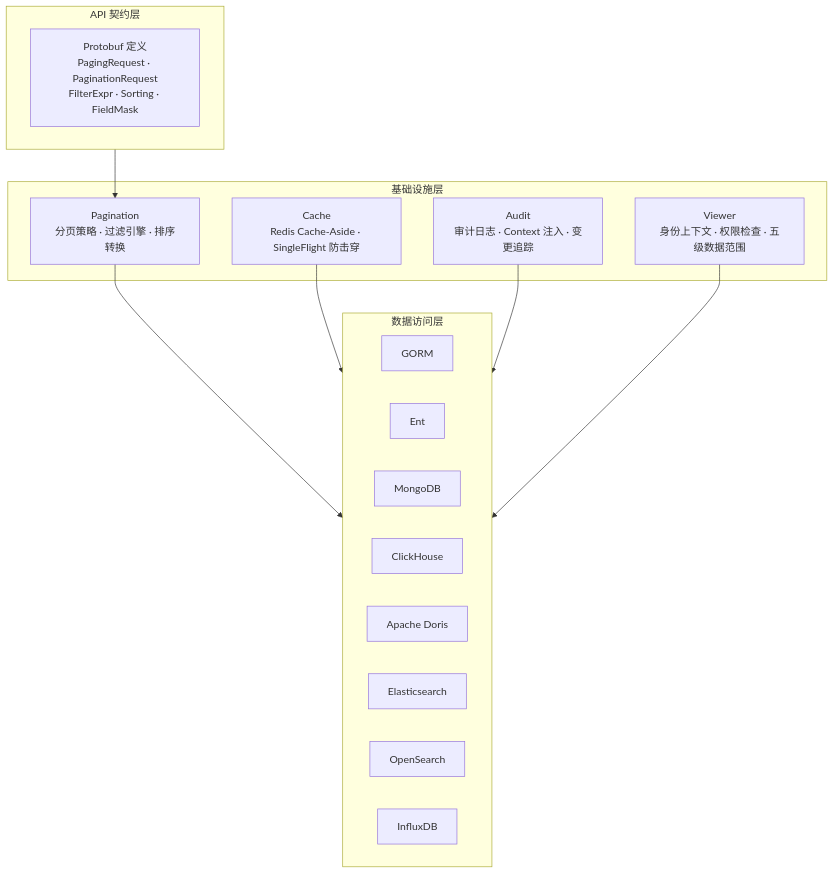
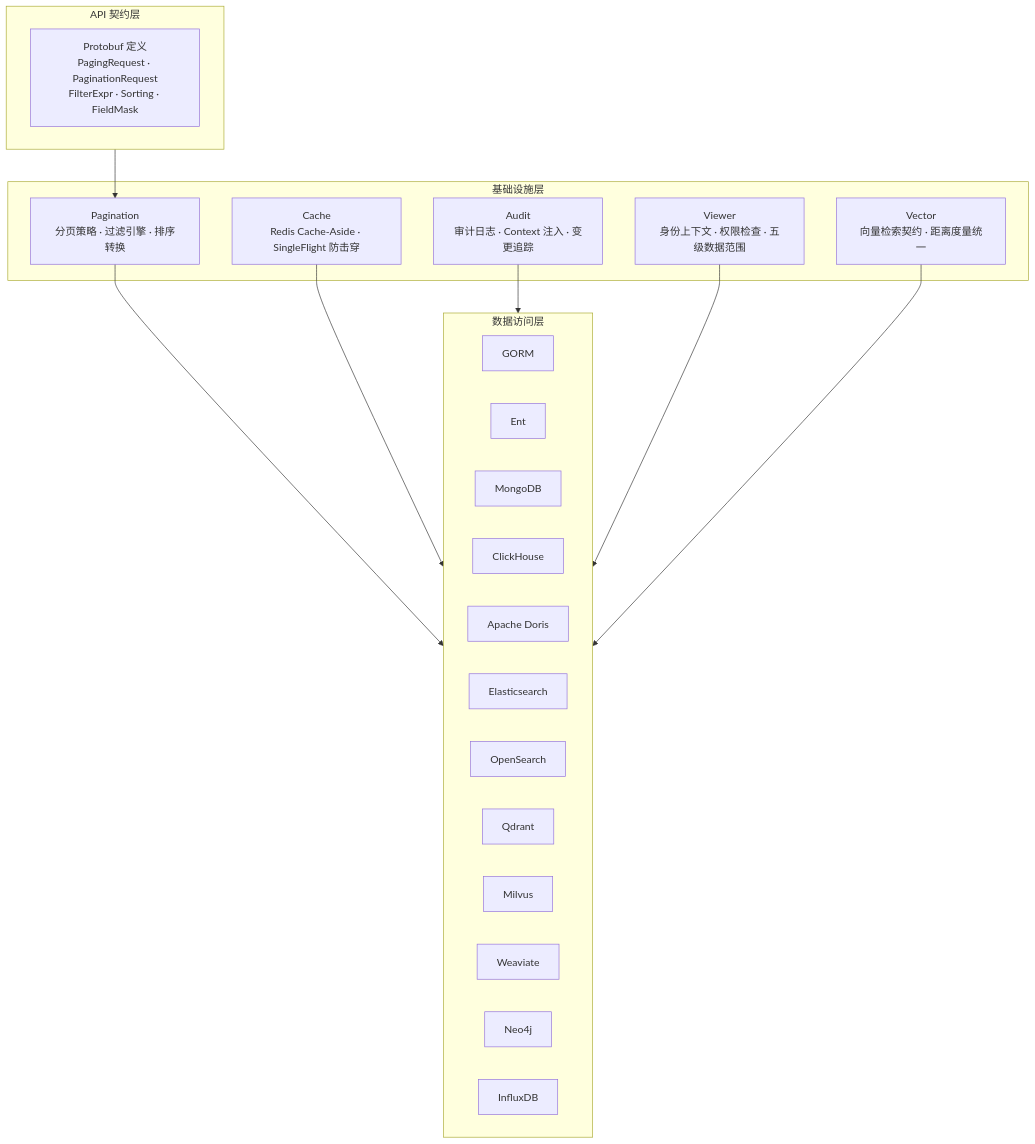
One commit to zqf20096327/dbhub_collect changed the diagram in data/readmes/tx7do__go-crud.md. Above: the diagram before and after it, drawn with Mermaid. The commit also changed other lines of this file and 376 other files, not shown here.

````diff
--- a/data/readmes/tx7do__go-crud.md
+++ b/data/readmes/tx7do__go-crud.md
@@ -57,30 +61,36 @@
 ```mermaid
 graph TB
     subgraph API["API 契约层"]
         Proto["Protobuf 定义<br/>PagingRequest · PaginationRequest<br/>FilterExpr · Sorting · FieldMask"]
     end
 
     subgraph Infra["基础设施层"]
         Pagination["Pagination<br/>分页策略 · 过滤引擎 · 排序转换"]
         Cache["Cache<br/>Redis Cache-Aside · SingleFlight 防击穿"]
         Audit["Audit<br/>审计日志 · Context 注入 · 变更追踪"]
         Viewer["Viewer<br/>身份上下文 · 权限检查 · 五级数据范围"]
+        Vector["Vector<br/>向量检索契约 · 距离度量统一"]
     end
 
     subgraph DAL["数据访问层"]
         GORM["GORM"]
         ENT["Ent"]
         Mongo["MongoDB"]
         CH["ClickHouse"]
         Doris["Apache Doris"]
         ES["Elasticsearch"]
         OS["OpenSearch"]
+        Qdrant["Qdrant"]
+        Milvus["Milvus"]
+        Weaviate["Weaviate"]
+        Neo4j["Neo4j"]
         Influx["InfluxDB"]
     end
 
     API --> Pagination
     Pagination --> DAL
     Cache --> DAL
     Audit --> DAL
     Viewer --> DAL
+    Vector --> DAL
 ```
````
